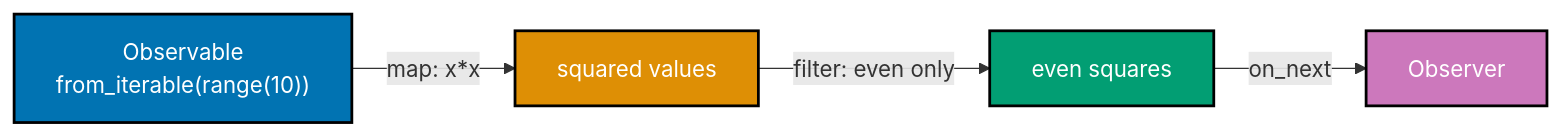
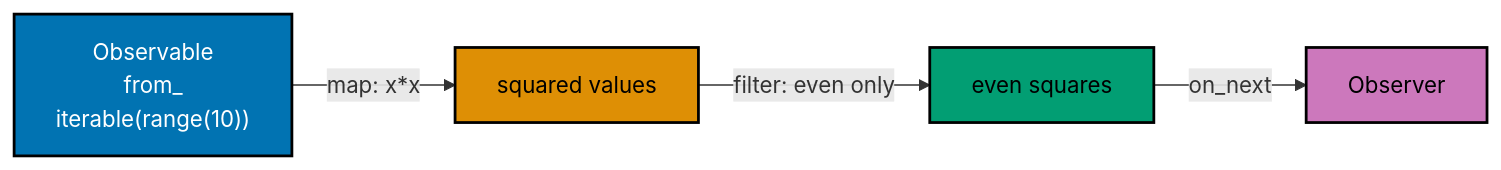
Before and after one commit to wahidyankf/ose-public: the tenth of 15 diagrams in apps/ayokoding-www/content/en/learn/courses/concurrency-and-parallelism/learning/advanced.md, drawn with Mermaid. The commit also changed other lines of this file and 144 other files, not shown here.

First line of the commit message:
fix(mermaid): bring the first half of the courses diagrams onto the accessible palette

````diff
--- a/apps/ayokoding-www/content/en/learn/courses/concurrency-and-parallelism/learning/advanced.md
+++ b/apps/ayokoding-www/content/en/learn/courses/concurrency-and-parallelism/learning/advanced.md
@@ -2877,12 +2904,15 @@
 ```mermaid
 %% Color Palette: Blue #0173B2, Orange #DE8F05, Teal #029E73, Purple #CC78BC
 flowchart LR
-    S["Observable<br/>from_iterable(range(10))"]:::blue -->|"map: x*x"| M["squared values"]:::orange
+    accTitle: Example 82: An Observable, map, and filter -- Reactive Streams via reactivex
+    accDescr: Flowchart with 4 nodes and 3 connections. Nodes: Observable from_ iterable(range(10)), squared values, even squares, Observer. Connections: Observable from_ iterable(range(10)) to squared values (map: x*x), squared values to even squares (filter: even only), even squares to Observer (on_next).
+    S["Observable<br/>from_<br/>iterable(range(10))"]:::blue -->|"map: x*x"| M["squared values"]:::orange
     M -->|"filter: even only"| F["even squares"]:::teal
     F -->|"on_next"| O["Observer"]:::purple
 
     classDef blue fill:#0173B2,stroke:#000000,color:#FFFFFF,stroke-width:2px
-    classDef orange fill:#DE8F05,stroke:#000000,color:#FFFFFF,stroke-width:2px
-    classDef teal fill:#029E73,stroke:#000000,color:#FFFFFF,stroke-width:2px
-    classDef purple fill:#CC78BC,stroke:#000000,color:#FFFFFF,stroke-width:2px
+    classDef orange fill:#DE8F05,stroke:#000000,color:#000000,stroke-width:2px
+    classDef teal fill:#029E73,stroke:#000000,color:#000000,stroke-width:2px
+    classDef purple fill:#CC78BC,stroke:#000000,color:#000000,stroke-width:2px
+    classDef default fill:#FFFFFF,stroke:#000000,color:#000000
 ```
````
